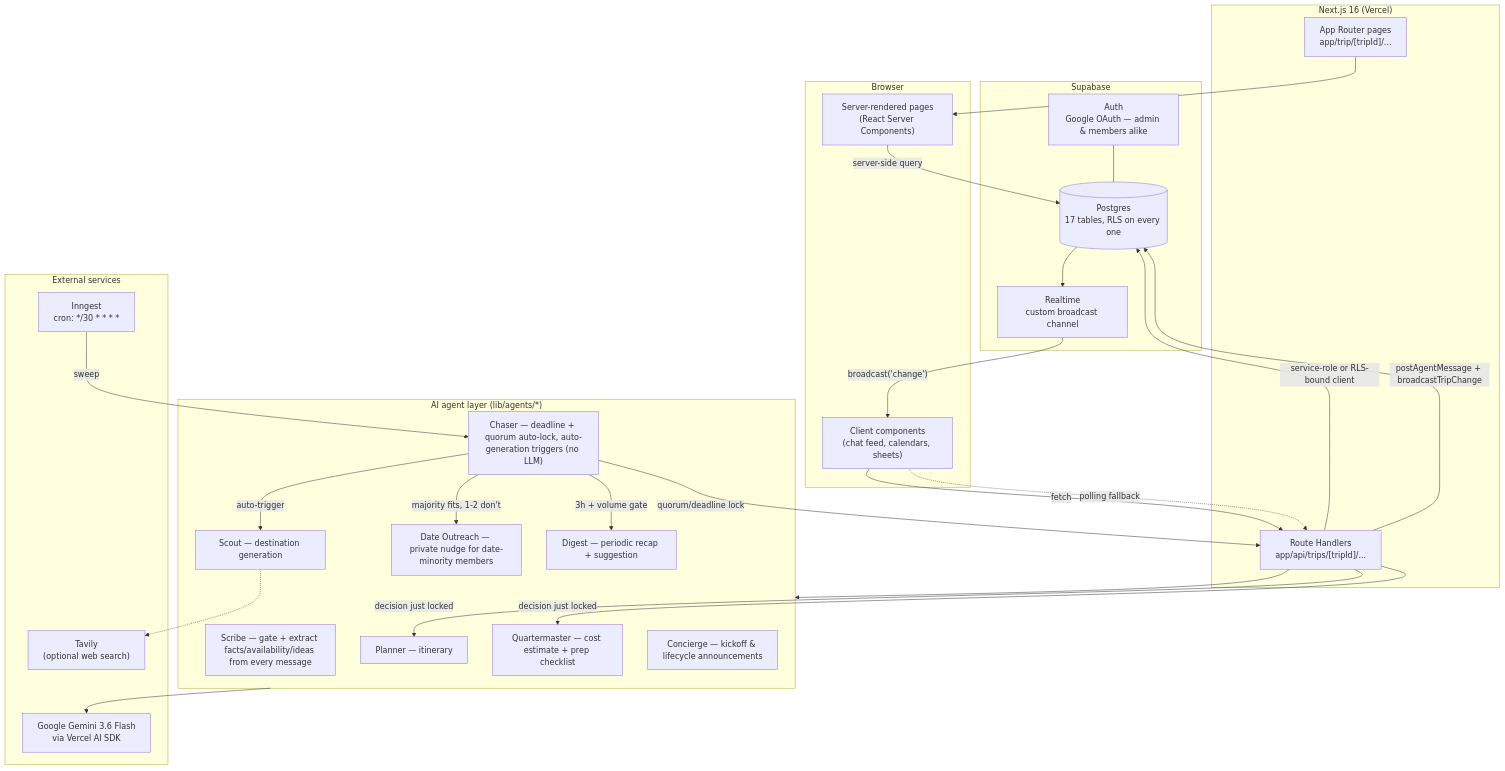
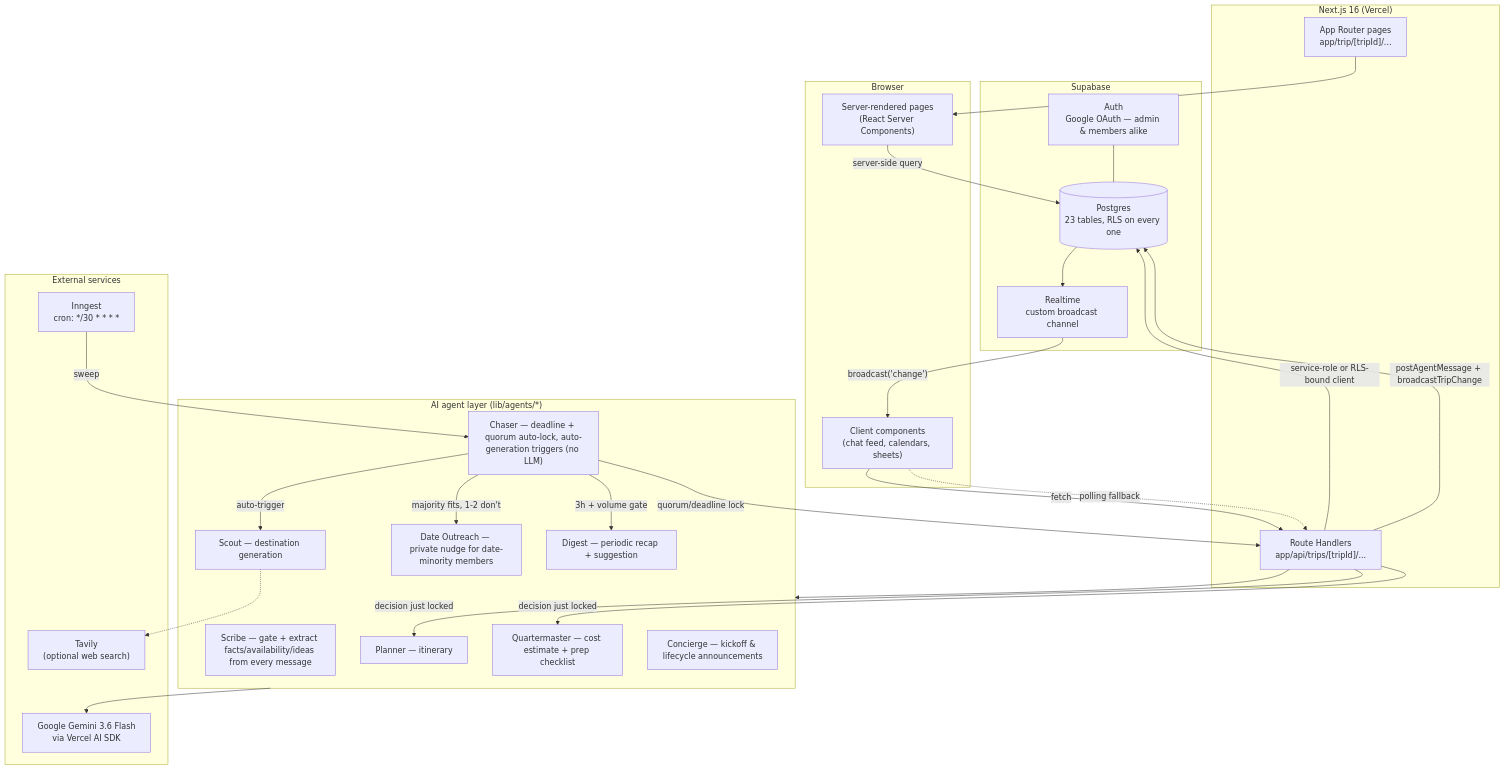
Before and after one commit to amit429/caravan: the first of 2 diagrams in README.md, drawn with Mermaid. The commit also changed other lines of this file, not shown here.

````diff
--- a/README.md
+++ b/README.md
@@ -231,55 +245,55 @@
 ```mermaid
 flowchart TB
     subgraph Client["Browser"]
         RSC["Server-rendered pages<br/>(React Server Components)"]
         CC["Client components<br/>(chat feed, calendars, sheets)"]
     end
 
     subgraph Next["Next.js 16 (Vercel)"]
         Pages["App Router pages<br/>app/trip/[tripId]/..."]
         API["Route Handlers<br/>app/api/trips/[tripId]/..."]
     end
 
     subgraph Supabase["Supabase"]
         Auth["Auth<br/>Google OAuth — admin & members alike"]
-        PG[("Postgres<br/>17 tables, RLS on every one")]
+        PG[("Postgres<br/>23 tables, RLS on every one")]
         RT["Realtime<br/>custom broadcast channel"]
     end
 
     subgraph Agents["AI agent layer (lib/agents/*)"]
         Scribe["Scribe — gate + extract facts/availability/ideas from every message"]
         Scout["Scout — destination generation"]
         Planner["Planner — itinerary"]
         QM["Quartermaster — cost estimate + prep checklist"]
         Chaser["Chaser — deadline + quorum auto-lock, auto-generation triggers (no LLM)"]
         DateOutreach["Date Outreach — private nudge for date-minority members"]
         Digest["Digest — periodic recap + suggestion"]
         Concierge["Concierge — kickoff & lifecycle announcements"]
     end
 
     subgraph External["External services"]
         Gemini["Google Gemini 3.6 Flash<br/>via Vercel AI SDK"]
         Tavily["Tavily<br/>(optional web search)"]
         Inngest["Inngest<br/>cron: */30 * * * *"]
     end
 
     CC -->|fetch| API
     RSC -->|server-side query| PG
     API -->|service-role or RLS-bound client| PG
     API --> Agents
     Agents --> Gemini
     Scout -.-> Tavily
     API -->|postAgentMessage + broadcastTripChange| PG
     PG --> RT
     RT -->|"broadcast('change')"| CC
     CC -.->|polling fallback| API
     Inngest -->|sweep| Chaser
     Chaser -->|quorum/deadline lock| API
     Chaser -->|auto-trigger| Scout
     Chaser -->|majority fits, 1-2 don't| DateOutreach
     Chaser -->|3h + volume gate| Digest
     API -->|decision just locked| Planner
     API -->|decision just locked| QM
     Auth --- PG
     Pages --> RSC
 ```
````
